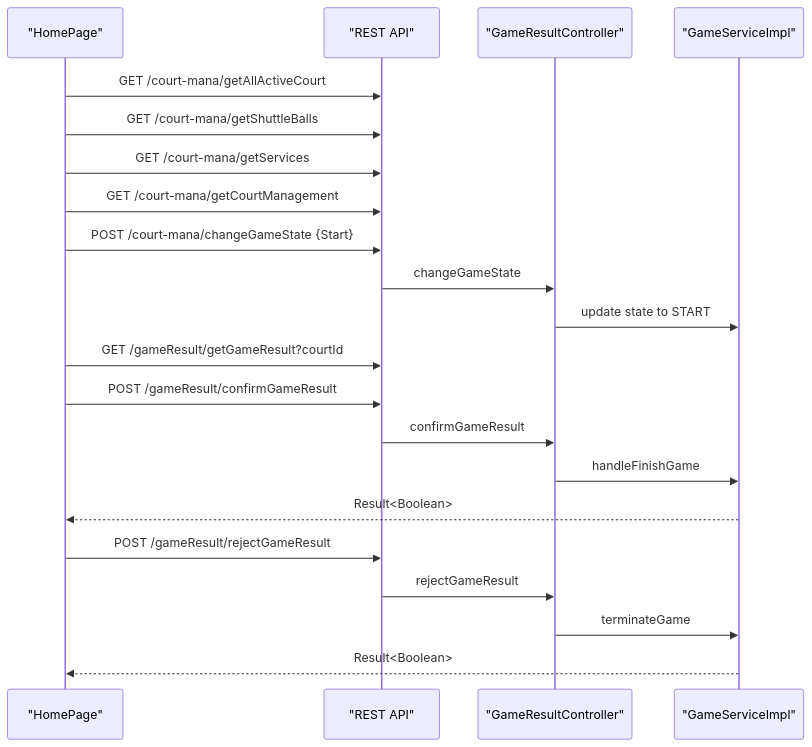
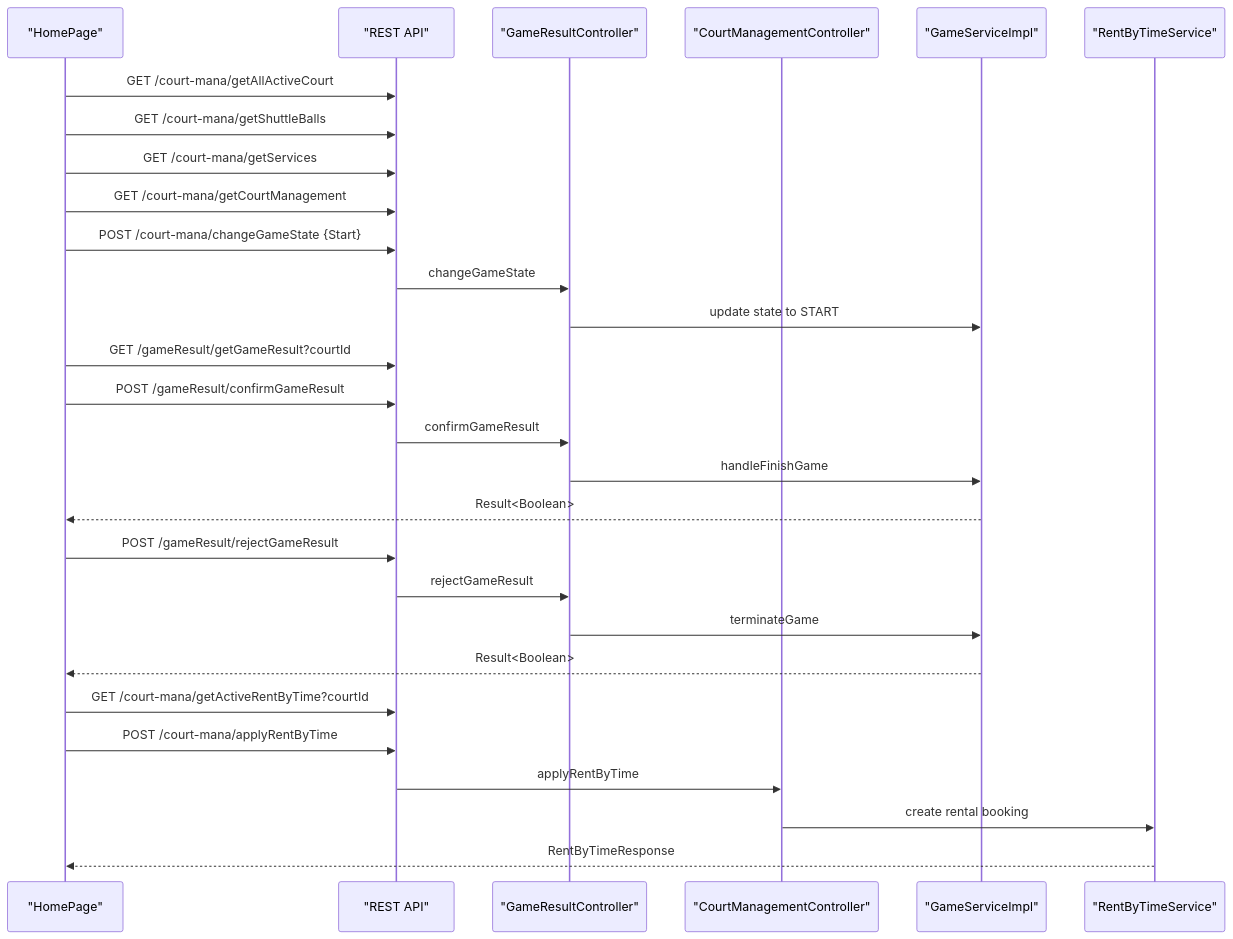
One commit to Vissel/badminton-court-management changed the seventh of 10 diagrams in .qoder/repowiki/en/content/Game Management System.md. Above: the diagram before and after it, drawn with Mermaid. The commit also changed other lines of this file and 11 other files, not shown here.

````diff
--- a/.qoder/repowiki/en/content/Game Management System.md
+++ b/.qoder/repowiki/en/content/Game Management System.md
@@ -281,23 +334,30 @@
 ```mermaid
 sequenceDiagram
 participant UI as "HomePage"
 participant API as "REST API"
-participant CTRL as "GameResultController"
-participant SVC as "GameServiceImpl"
+participant CTRL1 as "GameResultController"
+participant CTRL2 as "CourtManagementController"
+participant SVC1 as "GameServiceImpl"
+participant SVC2 as "RentByTimeService"
 UI->>API : GET /court-mana/getAllActiveCourt
 UI->>API : GET /court-mana/getShuttleBalls
 UI->>API : GET /court-mana/getServices
 UI->>API : GET /court-mana/getCourtManagement
 UI->>API : POST /court-mana/changeGameState {Start}
-API->>CTRL : changeGameState
-CTRL->>SVC : update state to START
+API->>CTRL1 : changeGameState
+CTRL1->>SVC1 : update state to START
 UI->>API : GET /gameResult/getGameResult?courtId
 UI->>API : POST /gameResult/confirmGameResult
-API->>CTRL : confirmGameResult
-CTRL->>SVC : handleFinishGame
-SVC-->>UI : Result<Boolean>
+API->>CTRL1 : confirmGameResult
+CTRL1->>SVC1 : handleFinishGame
+SVC1-->>UI : Result<Boolean>
 UI->>API : POST /gameResult/rejectGameResult
-API->>CTRL : rejectGameResult
-CTRL->>SVC : terminateGame
-SVC-->>UI : Result<Boolean>
+API->>CTRL1 : rejectGameResult
+CTRL1->>SVC1 : terminateGame
+SVC1-->>UI : Result<Boolean>
+UI->>API : GET /court-mana/getActiveRentByTime?courtId
+UI->>API : POST /court-mana/applyRentByTime
+API->>CTRL2 : applyRentByTime
+CTRL2->>SVC2 : create rental booking
+SVC2-->>UI : RentByTimeResponse
 ```
````
